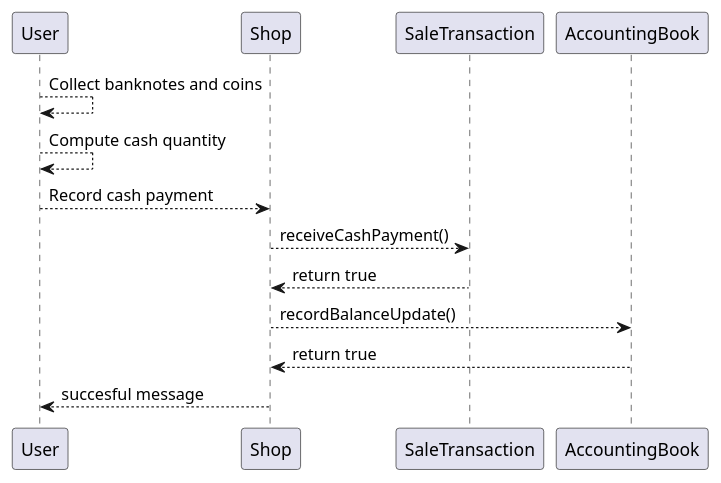
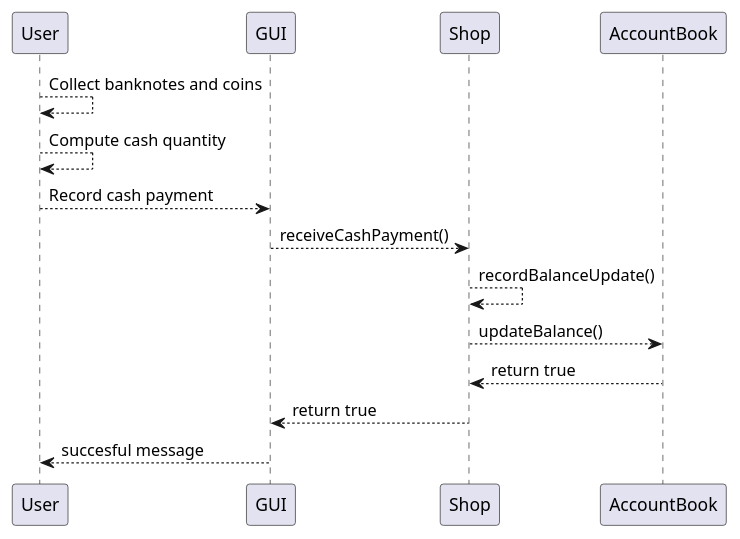
Diagram 14 of 19 in Deliverables/DesignDocument.md (Stormz4/group20-EzShop), drawn with PlantUML before and after one commit. The commit also changed other lines of this file, not shown here.

Commit message:
Doc: Updated sequence

````diff
--- a/Deliverables/DesignDocument.md
+++ b/Deliverables/DesignDocument.md
@@ -514,12 +507,13 @@
 ```plantuml
 @startuml
 User --> User: Collect banknotes and coins
 User --> User: Compute cash quantity
-User --> Shop: Record cash payment
-Shop --> SaleTransaction: receiveCashPayment()
-SaleTransaction --> Shop: return true
-Shop --> AccountingBook: recordBalanceUpdate()
-AccountingBook --> Shop: return true
-Shop --> User : succesful message
+User --> GUI: Record cash payment
+GUI --> Shop: receiveCashPayment()
+Shop --> Shop: recordBalanceUpdate()
+Shop --> AccountBook: updateBalance()
+AccountBook --> Shop: return true
+Shop --> GUI: return true
+GUI --> User: succesful message
 @enduml
 ```
````
